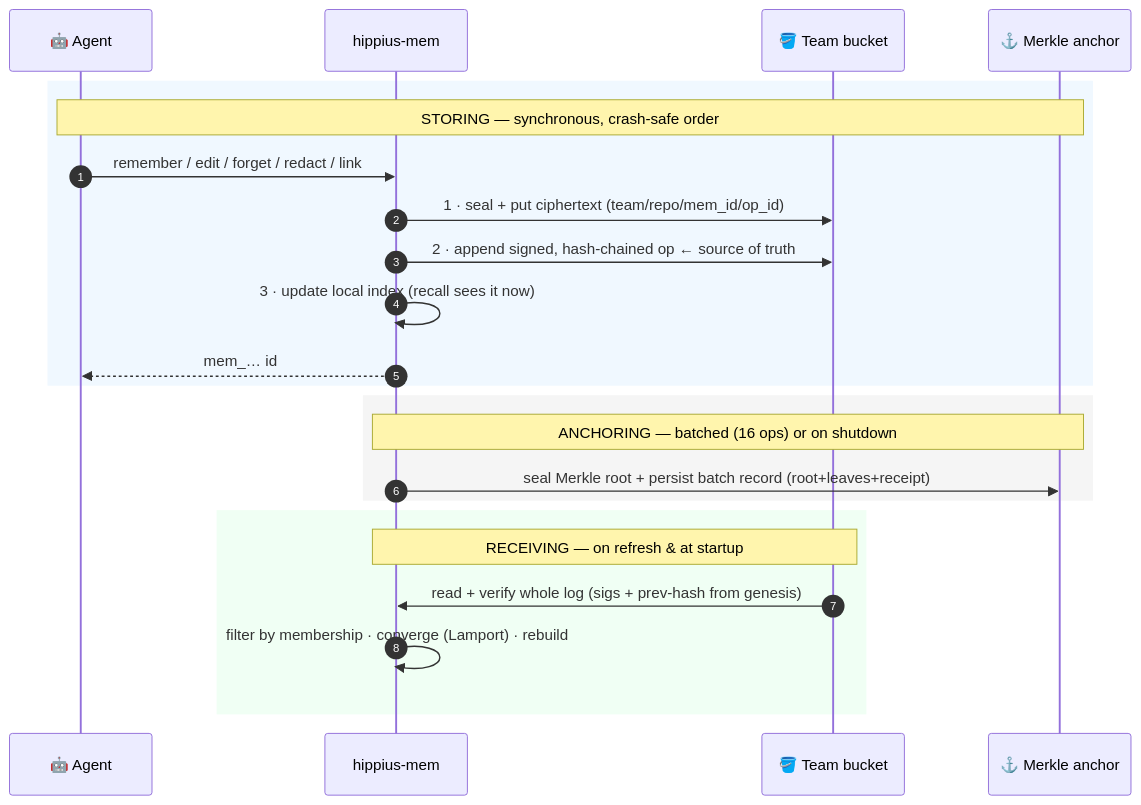
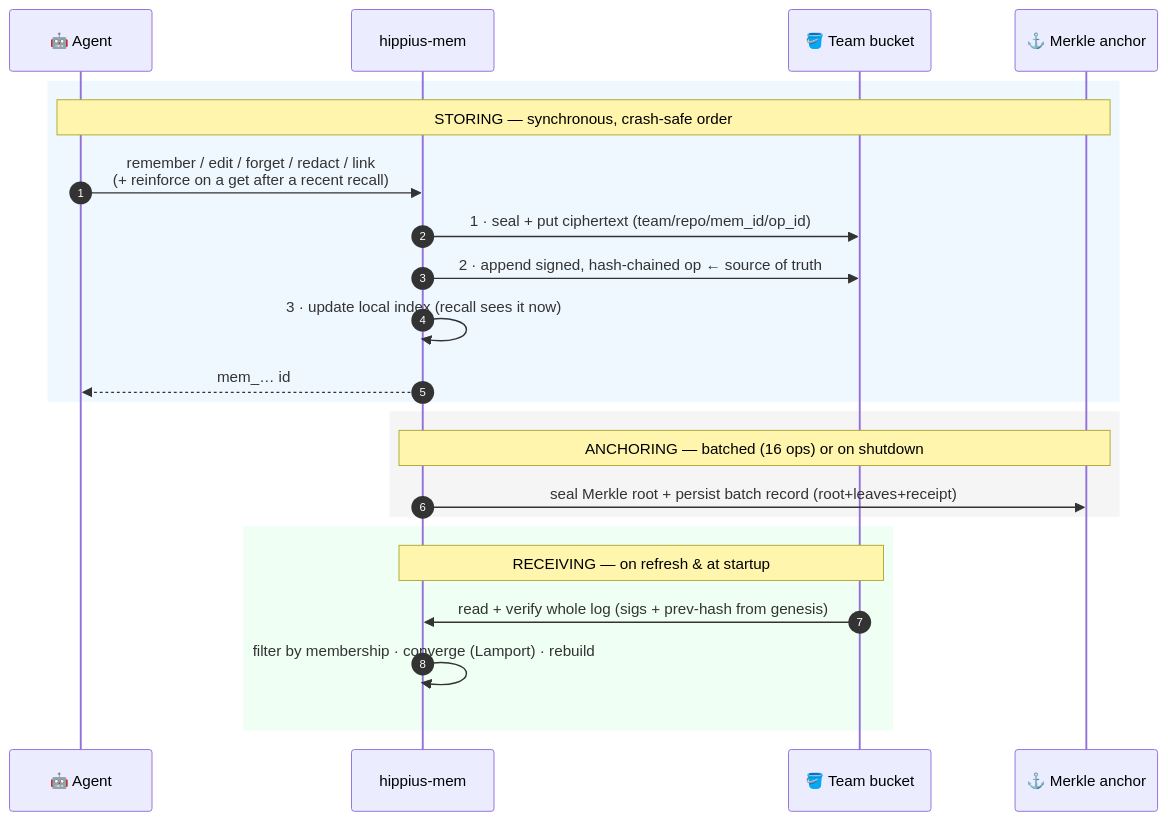
Before and after one commit to thenervelab/hippius-mem: the diagram in docs/SECURITY.md, drawn with Mermaid. The commit also changed other lines of this file and 19 other files, not shown here.

````diff
--- a/docs/SECURITY.md
+++ b/docs/SECURITY.md
@@ -348,28 +351,28 @@
 ```mermaid
 sequenceDiagram
     autonumber
     participant A as 🤖 Agent
     participant S as hippius-mem
     participant B as 🪣 Team bucket
     participant C as ⚓ Merkle anchor
 
     rect rgb(240, 248, 255)
     Note over A,C: STORING — synchronous, crash-safe order
-    A->>S: remember / edit / forget / redact / link
+    A->>S: remember / edit / forget / redact / link<br/>(+ reinforce on a get after a recent recall)
     S->>B: 1 · seal + put ciphertext (team/repo/mem_id/op_id)
     S->>B: 2 · append signed, hash-chained op ← source of truth
     S->>S: 3 · update local index (recall sees it now)
     S-->>A: mem_… id
     end
 
     rect rgb(245, 245, 245)
     Note over S,C: ANCHORING — batched (16 ops) or on shutdown
     S->>C: seal Merkle root + persist batch record (root+leaves+receipt)
     end
 
     rect rgb(240, 255, 244)
     Note over B,S: RECEIVING — on refresh & at startup
     B->>S: read + verify whole log (sigs + prev-hash from genesis)
     S->>S: filter by membership · converge (Lamport) · rebuild
     end
 ```
````
